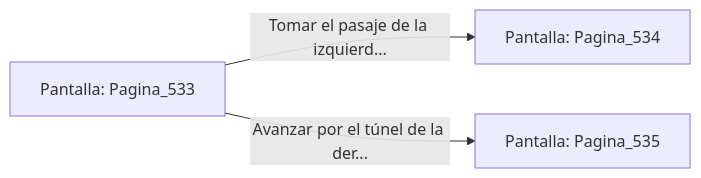
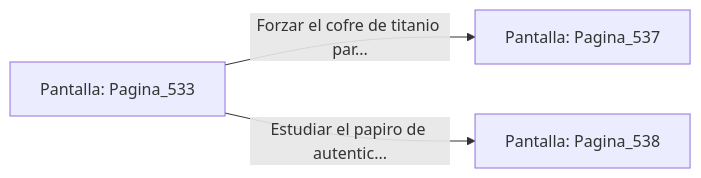
One commit to metsuke/mpl changed the diagram in sample/eligejuego-vault/Pantalla_Pagina_533.md. Above: the diagram before and after it, drawn with Mermaid. The commit also changed other lines of this file and 635 other files, not shown here.

First line of the commit message:
fix: añadir Pagina_1 como pantalla inicial en capitulo_01.mpl

````diff
--- a/sample/eligejuego-vault/Pantalla_Pagina_533.md
+++ b/sample/eligejuego-vault/Pantalla_Pagina_533.md
@@ -20,6 +24,6 @@
 ```mermaid
 graph LR
     P_Pagina_533["Pantalla: Pagina_533"]
-    P_Pagina_533 -->|"Tomar el pasaje de la izquierd..."| P_Pagina_534["Pantalla: Pagina_534"]
-    P_Pagina_533 -->|"Avanzar por el túnel de la der..."| P_Pagina_535["Pantalla: Pagina_535"]
+    P_Pagina_533 -->|"Forzar el cofre de titanio par..."| P_Pagina_537["Pantalla: Pagina_537"]
+    P_Pagina_533 -->|"Estudiar el papiro de autentic..."| P_Pagina_538["Pantalla: Pagina_538"]
 ```
````
